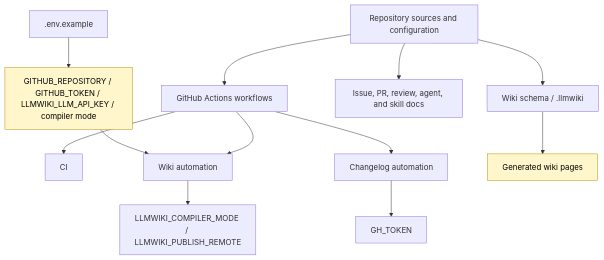
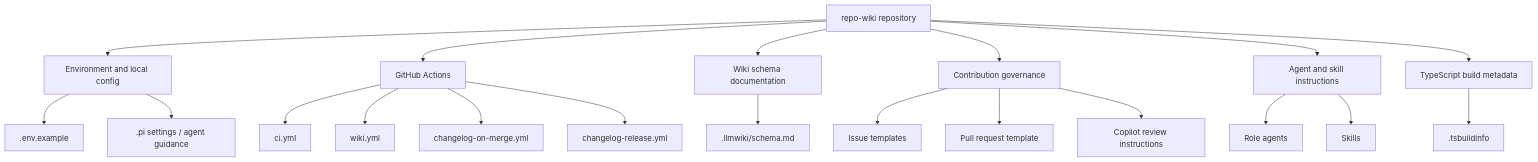
One commit to mfittko/repo-wiki changed the second of 4 diagrams in Architecture.md. Above: the diagram before and after it, drawn with Mermaid. The commit also changed other lines of this file and 45 other files, not shown here.

Commit message:
Compile repository wiki 2026-06-12T16:37:41.765Z

````diff
--- a/Architecture.md
+++ b/Architecture.md
@@ -128,20 +123,29 @@
 ```mermaid
-flowchart TB
-    Repo["Repository sources and configuration"] --> Schema["Wiki schema / .llmwiki"]
-    Repo --> Workflows["GitHub Actions workflows"]
-    Repo --> Collaboration["Issue, PR, review, agent, and skill docs"]
+flowchart TD
+  Repo["repo-wiki repository"]
 
-    Workflows --> CI["CI"]
-    Workflows --> WikiOps["Wiki automation"]
-    Workflows --> ChangelogOps["Changelog automation"]
+  Repo --> Config["Environment and local config"]
+  Config --> EnvExample[".env.example"]
+  Config --> PI[".pi settings / agent guidance"]
 
-    WikiOps --> WikiConfig["LLMWIKI_COMPILER_MODE / LLMWIKI_PUBLISH_REMOTE"]
-    ChangelogOps --> GitHubToken["GH_TOKEN"]
-    Schema --> WikiPages["Generated wiki pages"]
+  Repo --> CI["GitHub Actions"]
+  CI --> CIWorkflow["ci.yml"]
+  CI --> WikiWorkflow["wiki.yml"]
+  CI --> ChangelogMerge["changelog-on-merge.yml"]
+  CI --> ChangelogRelease["changelog-release.yml"]
 
-    EnvExample[".env.example"] --> LocalConfig["GITHUB_REPOSITORY / GITHUB_TOKEN / LLMWIKI_LLM_API_KEY / compiler mode"]
-    LocalConfig --> WikiOps
+  Repo --> WikiSchema["Wiki schema documentation"]
+  WikiSchema --> LLMWikiSchema[".llmwiki/schema.md"]
 
-    classDef inferred fill:#fff6cc,stroke:#b38f00,color:#000;
-    class WikiPages,LocalConfig inferred;
+  Repo --> Governance["Contribution governance"]
+  Governance --> IssueTemplates["Issue templates"]
+  Governance --> PRTemplate["Pull request template"]
+  Governance --> ReviewInstructions["Copilot review instructions"]
+
+  Repo --> AgentDocs["Agent and skill instructions"]
+  AgentDocs --> Agents["Role agents"]
+  AgentDocs --> Skills["Skills"]
+
+  Repo --> BuildArtifact["TypeScript build metadata"]
+  BuildArtifact --> TSBuildInfo[".tsbuildinfo"]
 ```
````
